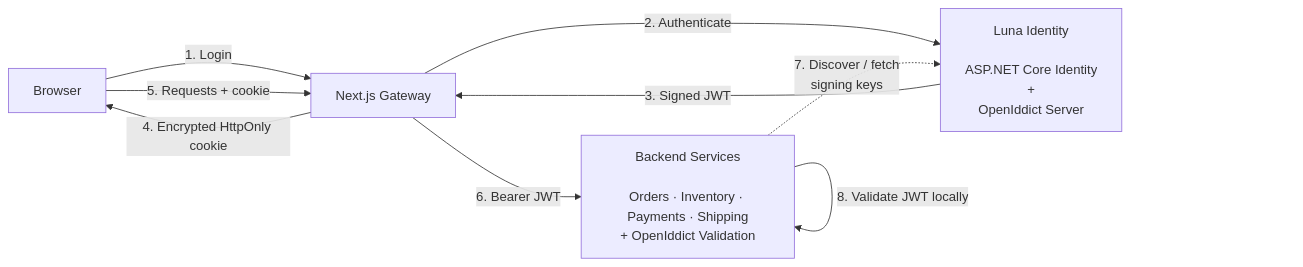
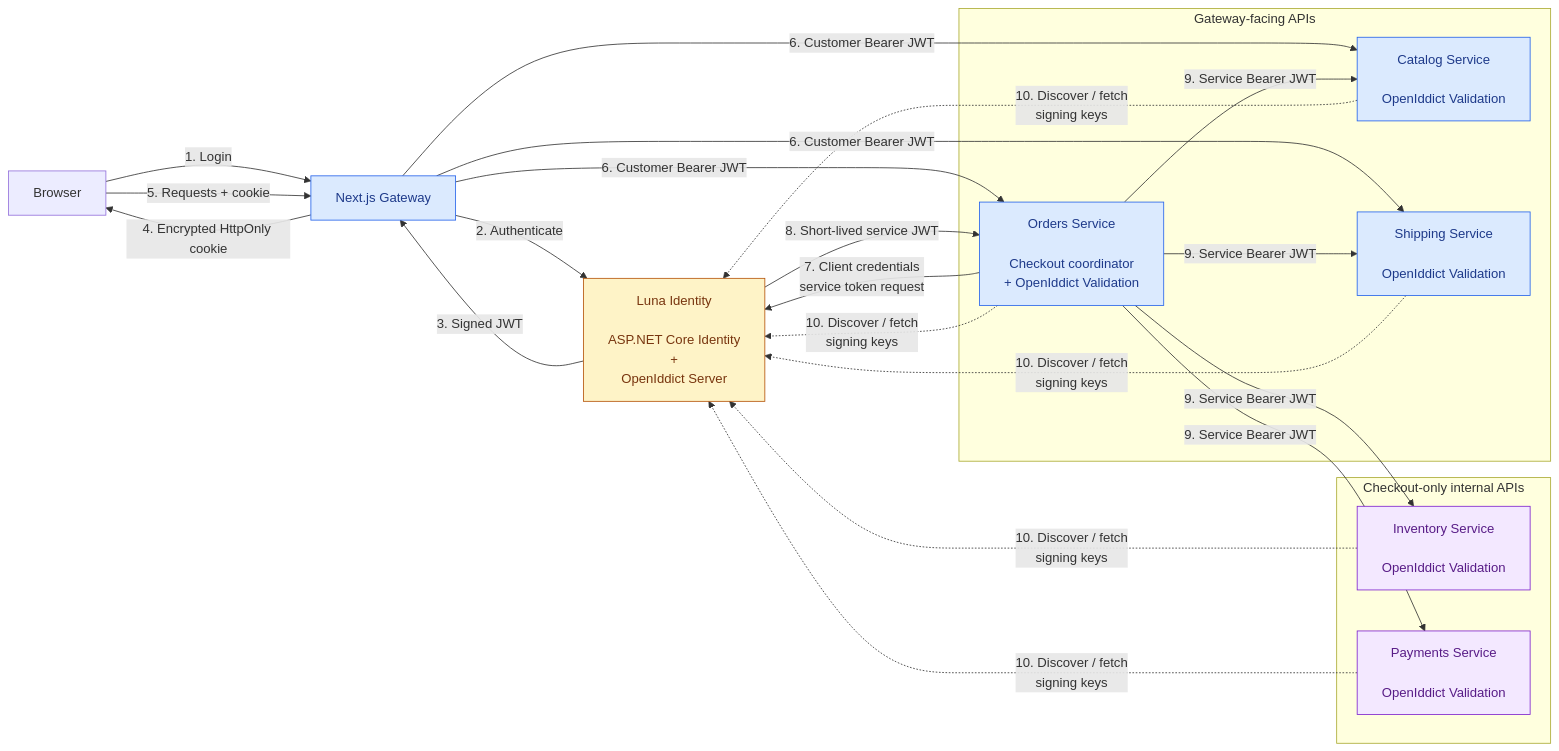
One commit to renanmoraisdasilva/luna changed the diagram in documentation/dev_phases/phase-1-architecture.md. Above: the diagram before and after it, drawn with Mermaid. The commit also changed other lines of this file, not shown here.

Commit message:
docs: document service authentication topology
Update the Phase 1 architecture prose and Mermaid chart for customer JWTs, Orders service tokens, gateway-facing APIs, and checkout-only internal APIs.

````diff
--- a/documentation/dev_phases/phase-1-architecture.md
+++ b/documentation/dev_phases/phase-1-architecture.md
@@ -374,23 +376,55 @@
 ```mermaid
 flowchart LR
 
    Browser["Browser"]
 
    Next["Next.js Gateway"]
 
    Identity["Luna Identity<br/><br/>ASP.NET Core Identity<br/>+<br/>OpenIddict Server"]
 
-   Services["Backend Services<br/><br/>Orders · Inventory · Payments · Shipping<br/>+ OpenIddict Validation"]
+   subgraph GatewayApis["Gateway-facing APIs"]
+      Orders["Orders Service<br/><br/>Checkout coordinator<br/>+ OpenIddict Validation"]
+
+      Catalog["Catalog Service<br/><br/>OpenIddict Validation"]
+
+      Shipping["Shipping Service<br/><br/>OpenIddict Validation"]
+   end
+
+   subgraph CheckoutApis["Checkout-only internal APIs"]
+      Inventory["Inventory Service<br/><br/>OpenIddict Validation"]
+
+      Payments["Payments Service<br/><br/>OpenIddict Validation"]
+   end
 
    Browser -->|1. Login| Next
    Next -->|2. Authenticate| Identity
    Identity -->|3. Signed JWT| Next
 
    Next -->|4. Encrypted HttpOnly cookie| Browser
    Browser -->|5. Requests + cookie| Next
 
-   Next -->|6. Bearer JWT| Services
+   Next -->|6. Customer Bearer JWT| Catalog
+   Next -->|6. Customer Bearer JWT| Orders
+   Next -->|6. Customer Bearer JWT| Shipping
 
-   Services -.->|7. Discover / fetch<br/>signing keys| Identity
-   Services -->|8. Validate JWT locally| Services
+   Orders -->|7. Client credentials<br/>service token request| Identity
+   Identity -->|8. Short-lived service JWT| Orders
+
+   Orders -->|9. Service Bearer JWT| Catalog
+   Orders -->|9. Service Bearer JWT| Inventory
+   Orders -->|9. Service Bearer JWT| Payments
+   Orders -->|9. Service Bearer JWT| Shipping
+
+   Orders -.->|10. Discover / fetch<br/>signing keys| Identity
+   Catalog -.->|10. Discover / fetch<br/>signing keys| Identity
+   Inventory -.->|10. Discover / fetch<br/>signing keys| Identity
+   Payments -.->|10. Discover / fetch<br/>signing keys| Identity
+   Shipping -.->|10. Discover / fetch<br/>signing keys| Identity
+
+   classDef identity fill:#fef3c7,stroke:#b45309,color:#78350f
+   classDef gateway fill:#dbeafe,stroke:#2563eb,color:#1e3a8a
+   classDef internal fill:#f3e8ff,stroke:#7e22ce,color:#581c87
+   class Identity identity
+   class Next,Orders,Catalog,Shipping gateway
+   class Inventory,Payments internal
 ```
````
